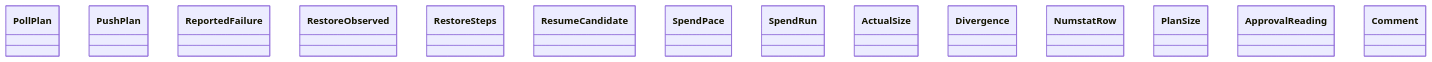
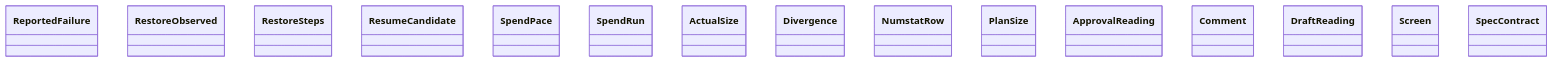
Before and after one commit to GonzaloZevallos/agentic-system: the diagram in docs/architecture/generated/classes-process-domain-state-3.md, drawn with Mermaid. The commit also changed other lines of this file and 9 other files, not shown here.

````diff
--- a/docs/architecture/generated/classes-process-domain-state-3.md
+++ b/docs/architecture/generated/classes-process-domain-state-3.md
@@ -32,17 +32,18 @@
 ```mermaid
 classDiagram
-    class rules__PollPlan["PollPlan"]
-    class rules__PushPlan["PushPlan"]
     class rules__ReportedFailure["ReportedFailure"]
     class rules__RestoreObserved["RestoreObserved"]
     class rules__RestoreSteps["RestoreSteps"]
     class rules__ResumeCandidate["ResumeCandidate"]
     class rules__SpendPace["SpendPace"]
     class rules__SpendRun["SpendRun"]
     class size_budget__ActualSize["ActualSize"]
     class size_budget__Divergence["Divergence"]
     class size_budget__NumstatRow["NumstatRow"]
     class size_budget__PlanSize["PlanSize"]
     class spec_approval__ApprovalReading["ApprovalReading"]
     class spec_approval__Comment["Comment"]
+    class spec_delivery__DraftReading["DraftReading"]
+    class spec_delivery__Screen["Screen"]
+    class spec_delivery__SpecContract["SpecContract"]
 ```
````
